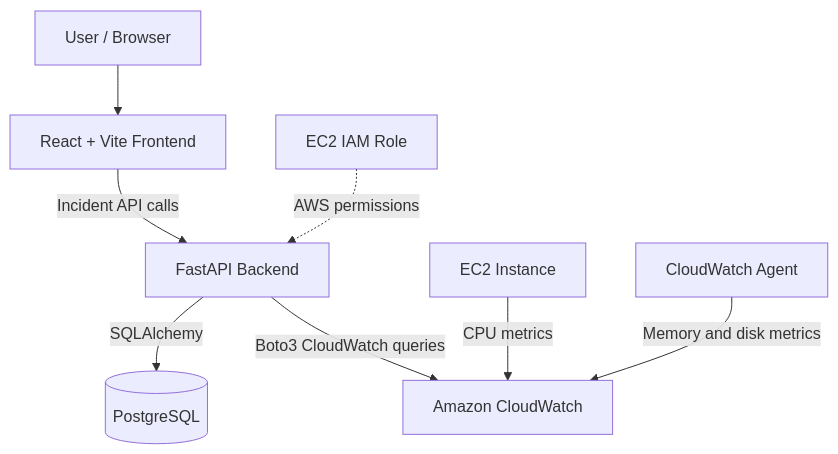
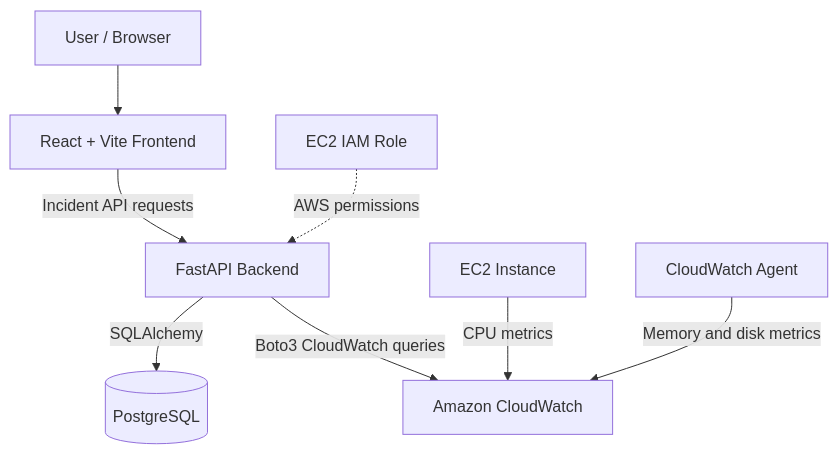
Before and after one commit to Bharath9542530187/CloudOps-Nexus: the diagram in README.md, drawn with Mermaid. The commit also changed other lines of this file, not shown here.

````diff
--- a/README.md
+++ b/README.md
@@ -51,10 +51,10 @@
 ```mermaid
 flowchart TB
     USER[User / Browser] --> UI[React + Vite Frontend]
-    UI -->|Incident API calls| API[FastAPI Backend]
+    UI -->|Incident API requests| API[FastAPI Backend]
     API -->|SQLAlchemy| DB[(PostgreSQL)]
     API -->|Boto3 CloudWatch queries| CW[Amazon CloudWatch]
     EC2[EC2 Instance] -->|CPU metrics| CW
     AGENT[CloudWatch Agent] -->|Memory and disk metrics| CW
     ROLE[EC2 IAM Role] -. AWS permissions .-> API
 ```
````
